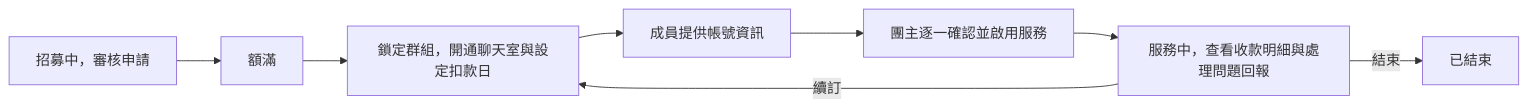
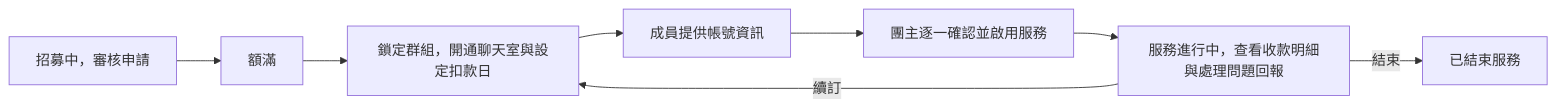
Before and after one commit to AndyChia0309/PartyMatch: the diagram in docs/flows/manage-groups-flow.md, drawn with Mermaid. The commit also changed other lines of this file and 45 other files, not shown here.

````diff
--- a/docs/flows/manage-groups-flow.md
+++ b/docs/flows/manage-groups-flow.md
@@ -8,10 +8,10 @@
 ```mermaid
 flowchart LR
   A[招募中，審核申請] --> B[額滿]
   B --> C[鎖定群組，開通聊天室與設定扣款日]
   C --> D[成員提供帳號資訊]
   D --> E[團主逐一確認並啟用服務]
-  E --> F[服務中，查看收款明細與處理問題回報]
+  E --> F[服務進行中，查看收款明細與處理問題回報]
   F -->|續訂| C
-  F -->|結束| G[已結束]
+  F -->|結束| G[已結束服務]
 ```
````
